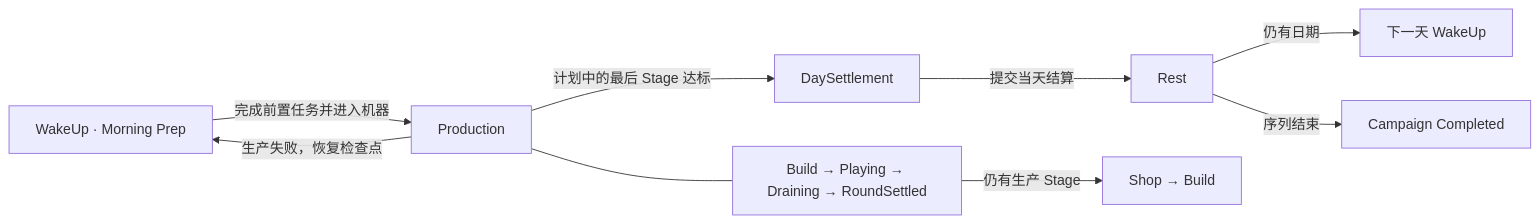
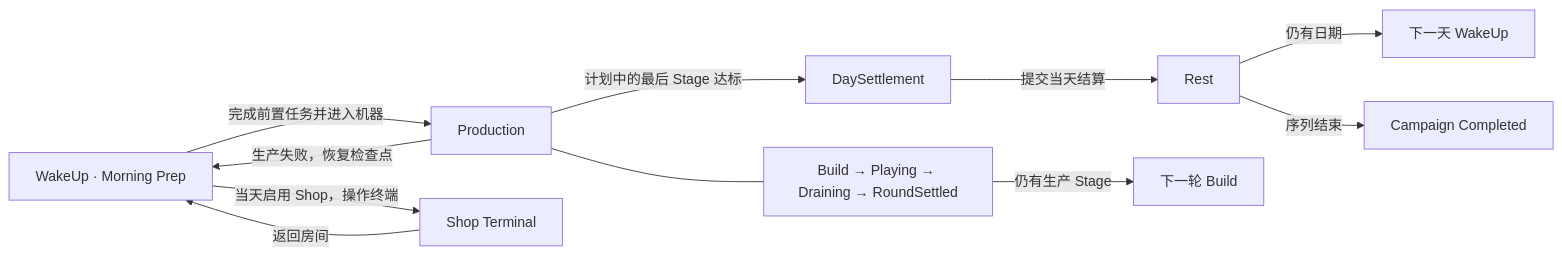
The diagram in Assets/Docs/DayFramework_Architecture.md (Baoste/MarbleRoguelikeGame), drawn with Mermaid before and after one commit. The commit also changed other lines of this file and 38 other files, not shown here.

````diff
--- a/Assets/Docs/DayFramework_Architecture.md
+++ b/Assets/Docs/DayFramework_Architecture.md
@@ -5,11 +5,13 @@
 ```mermaid
 flowchart LR
     W["WakeUp · Morning Prep"] -->|"完成前置任务并进入机器"| P["Production"]
+    W -->|"当天启用 Shop，操作终端"| H["Shop Terminal"]
+    H -->|"返回房间"| W
     P -->|"计划中的最后 Stage 达标"| S["DaySettlement"]
     S -->|"提交当天结算"| R["Rest"]
     R -->|"仍有日期"| N["下一天 WakeUp"]
     R -->|"序列结束"| C["Campaign Completed"]
     P -->|"生产失败，恢复检查点"| W
     P --- Q["Build → Playing → Draining → RoundSettled"]
-    Q -->|"仍有生产 Stage"| H["Shop → Build"]
+    Q -->|"仍有生产 Stage"| B["下一轮 Build"]
 ```
````
